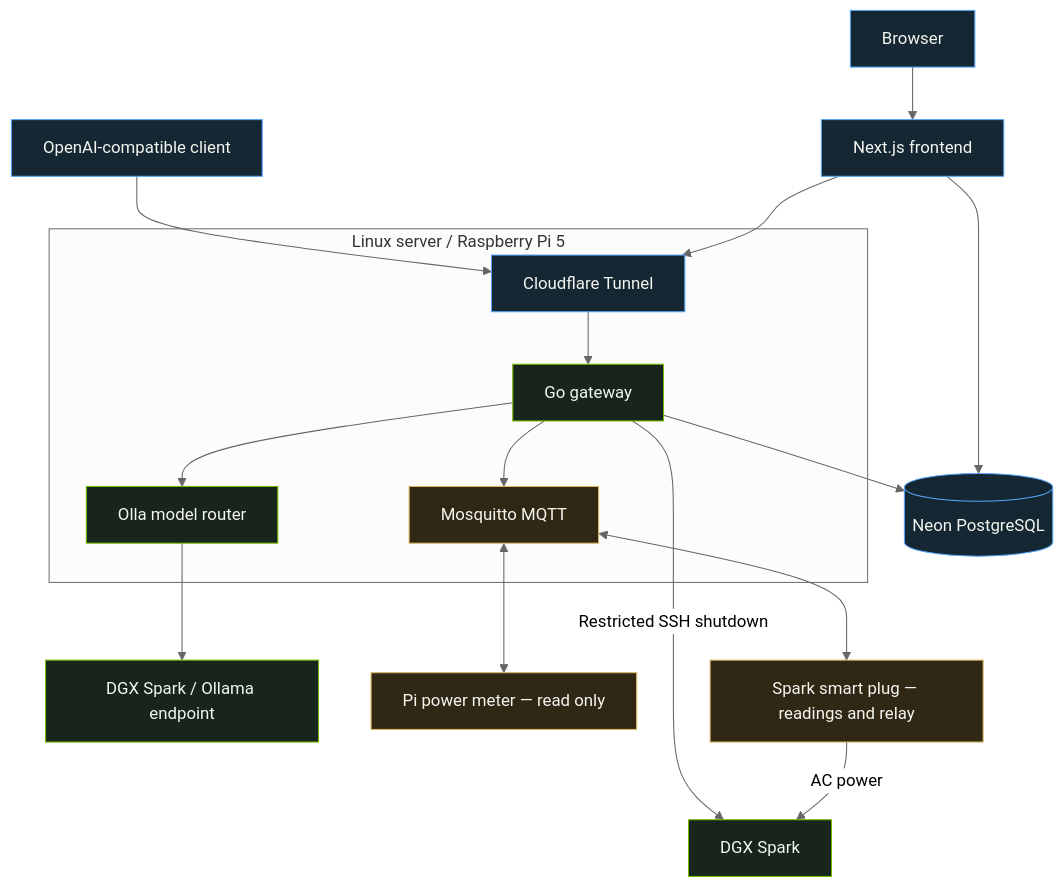
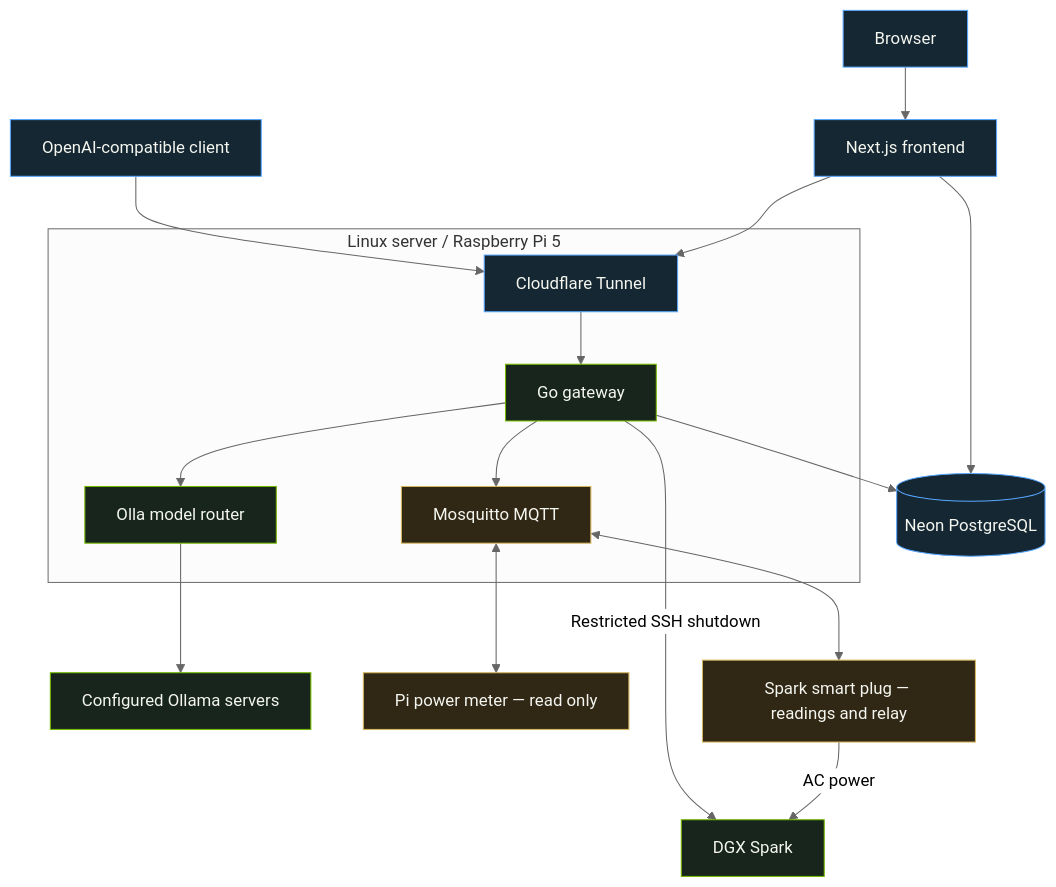
One commit to Haoming9527/DGX-Spark-Platform changed the diagram in README.md. Above: the diagram before and after it, drawn with Mermaid (neutral theme). The commit also changed other lines of this file, not shown here.

Commit message:
feat: update README to reflect Ollama inference integration and clarify hardware setup

````diff
--- a/README.md
+++ b/README.md
@@ -79,27 +71,27 @@
 ```mermaid
 flowchart TD
     Browser[Browser] --> Web[Next.js frontend]
     Client[OpenAI-compatible client] --> Tunnel[Cloudflare Tunnel]
     Web --> Tunnel
     Web --> DB[(Neon PostgreSQL)]
 
     subgraph Pi[Linux server / Raspberry Pi 5]
         Tunnel --> Gateway[Go gateway]
         Gateway --> Olla[Olla model router]
         Gateway --> MQTT[Mosquitto MQTT]
     end
 
     Gateway --> DB
-    Olla --> Inference[DGX Spark / Ollama endpoint]
+    Olla --> Inference[Configured Ollama servers]
     Gateway -->|Restricted SSH shutdown| Spark[DGX Spark]
     MQTT <--> PiMeter[Pi power meter — read only]
     MQTT <--> SparkPlug[Spark smart plug — readings and relay]
     SparkPlug -->|AC power| Spark
 
     classDef compute fill:#17251c,stroke:#75B900,color:#f4f6ef
     classDef access fill:#142733,stroke:#58a6ff,color:#f4f6ef
     classDef hardware fill:#302715,stroke:#d7b65d,color:#f4f6ef
     class Gateway,Olla,Inference,Spark compute
     class Browser,Client,Web,Tunnel,DB access
     class MQTT,PiMeter,SparkPlug hardware
 ```
````
